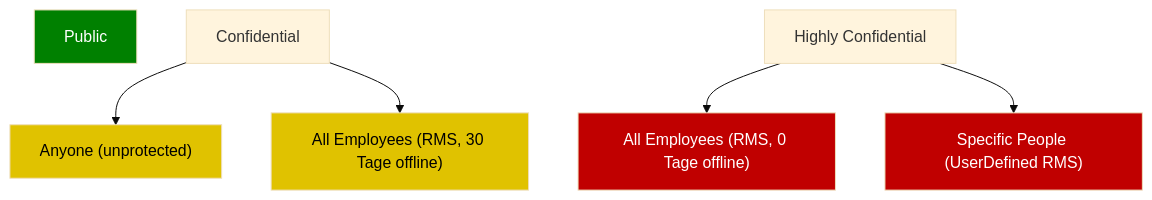
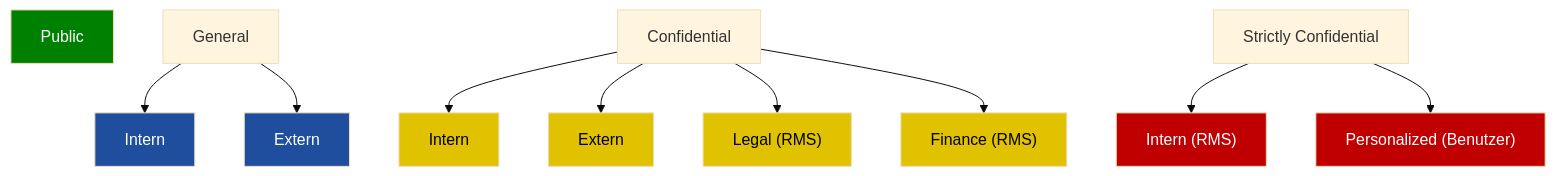
The second of 10 diagrams in Roadmap/Visualisierungen.md (WeissiEfficiency/Purview), drawn with Mermaid (base theme) before and after one commit. The commit also changed other lines of this file and 22 other files, not shown here.

````diff
--- a/Roadmap/Visualisierungen.md
+++ b/Roadmap/Visualisierungen.md
@@ -29,18 +41,26 @@
 ```mermaid
 graph TD
     Public["Public"]
+    Gen["General"]
     Conf["Confidential"]
-    HC["Highly Confidential"]
+    SC["Strictly Confidential"]
 
-    Conf --> ConfAny["Anyone (unprotected)"]
-    Conf --> ConfAll["All Employees (RMS, 30 Tage offline)"]
-
-    HC --> HCAll["All Employees (RMS, 0 Tage offline)"]
-    HC --> HCSpec["Specific People (UserDefined RMS)"]
+    Gen --> GI["Intern"]
+    Gen --> GE["Extern"]
+    Conf --> CI["Intern"]
+    Conf --> CE["Extern"]
+    Conf --> CL["Legal (RMS)"]
+    Conf --> CF["Finance (RMS)"]
+    SC --> SI["Intern (RMS)"]
+    SC --> SP["Personalized (Benutzer)"]
 
     style Public fill:#008000,color:#fff
-    style ConfAny fill:#e0c200,color:#000
-    style ConfAll fill:#e0c200,color:#000
-    style HCAll fill:#c00000,color:#fff
-    style HCSpec fill:#c00000,color:#fff
+    style GI fill:#1f4e9e,color:#fff
+    style GE fill:#1f4e9e,color:#fff
+    style CI fill:#e0c200,color:#000
+    style CE fill:#e0c200,color:#000
+    style CL fill:#e0c200,color:#000
+    style CF fill:#e0c200,color:#000
+    style SI fill:#c00000,color:#fff
+    style SP fill:#c00000,color:#fff
 ```
````
